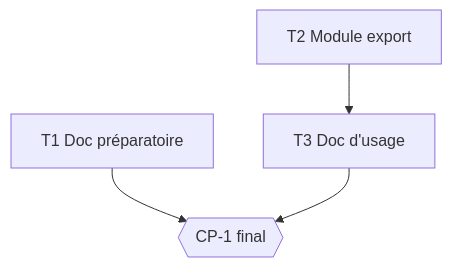
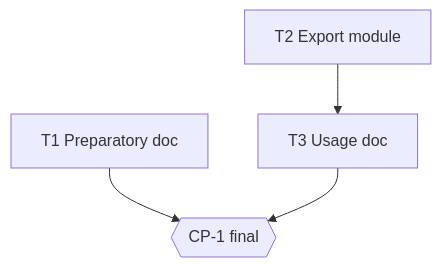
One commit to antoinelef23/Claudo changed the diagram in work/export-devis/tasks.md. Above: the diagram before and after it, drawn with Mermaid. The commit also changed other lines of this file and 85 other files, not shown here.

````diff
--- a/work/export-devis/tasks.md
+++ b/work/export-devis/tasks.md
@@ -16,6 +16,6 @@
 ```mermaid
 flowchart TD
-    T1[T1 Doc préparatoire] --> CP1{{CP-1 final}}
-    T2[T2 Module export] --> T3[T3 Doc d'usage]
+    T1[T1 Preparatory doc] --> CP1{{CP-1 final}}
+    T2[T2 Export module] --> T3[T3 Usage doc]
     T3 --> CP1
 ```
````
